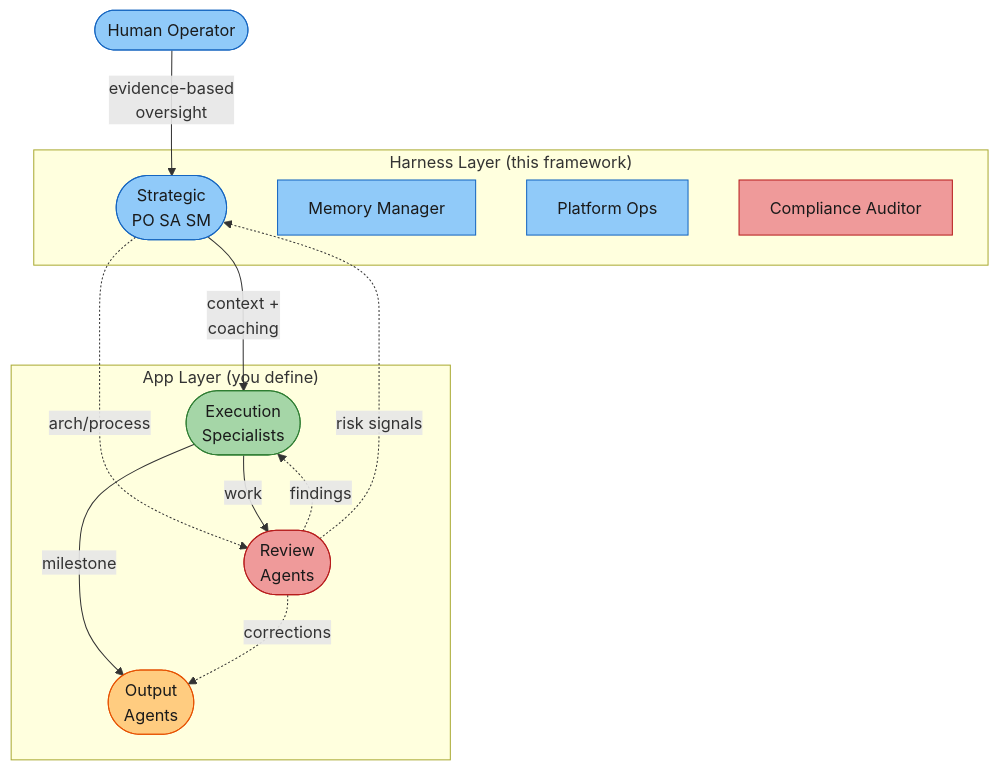
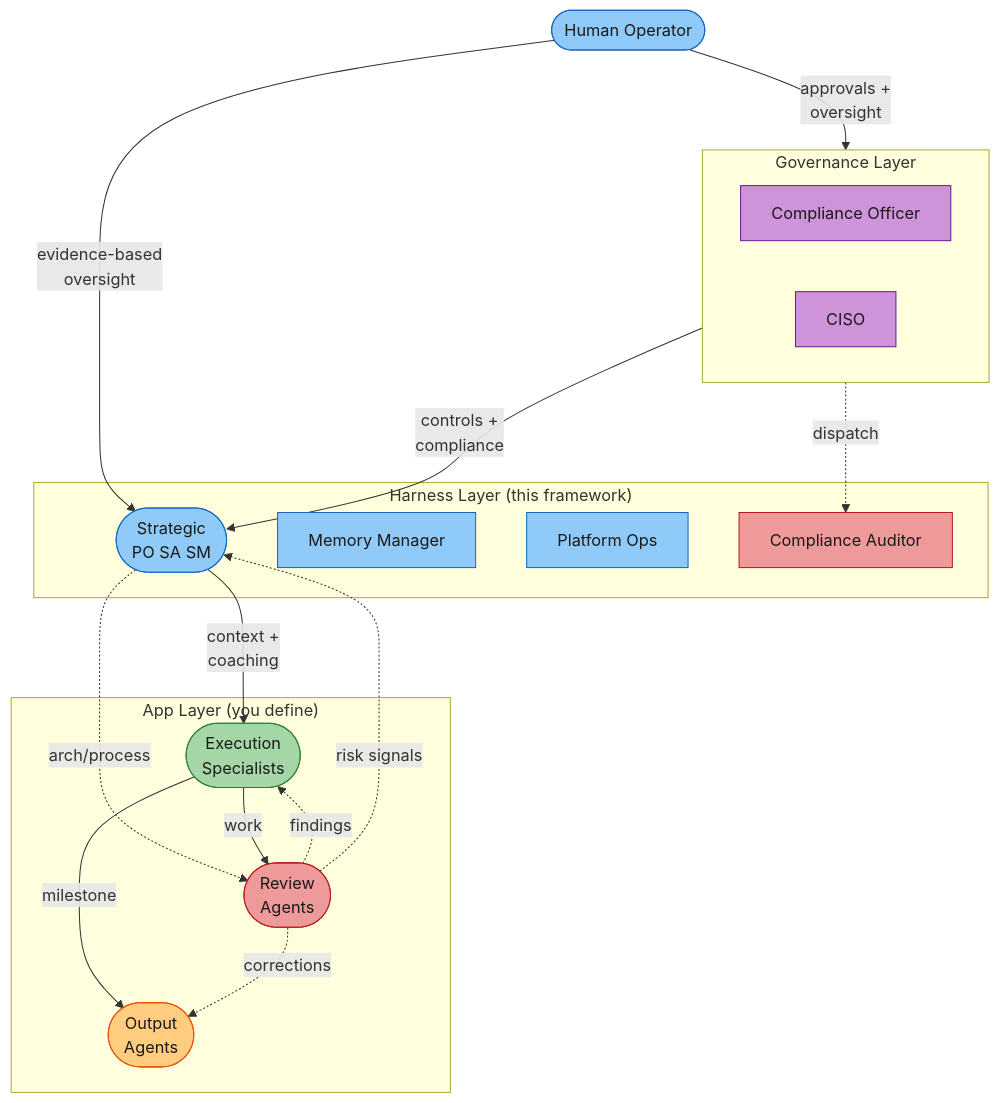
One commit to rdunie/venutian-antfarm changed the first of 5 diagrams in README.md. Above: the diagram before and after it, drawn with Mermaid. The commit also changed other lines of this file, not shown here.

Commit message:
docs: add governance tier to architecture diagram and agent table

````diff
--- a/README.md
+++ b/README.md
@@ -41,35 +41,45 @@
 ```mermaid
 flowchart TD
     USER(["Human Operator"])
+
+    subgraph Gov ["Governance Layer"]
+        CO["Compliance Officer"]
+        CISO_A["CISO"]
+    end
 
     subgraph Harness ["Harness Layer (this framework)"]
         S(["Strategic\nPO  SA  SM"])
         MM["Memory Manager"]
         PO_OPS["Platform Ops"]
         CA["Compliance Auditor"]
     end
 
     subgraph AppLayer ["App Layer (you define)"]
         E(["Execution\nSpecialists"])
         R(["Review\nAgents"])
         O(["Output\nAgents"])
     end
 
+    USER -->|"approvals +\noversight"| Gov
+    Gov -->|"controls +\ncompliance"| S
+    Gov -.->|"dispatch"| CA
     USER -->|"evidence-based\noversight"| S
     S -->|"context +\ncoaching"| E
     S -.->|"arch/process"| R
     E -->|"work"| R
     R -.->|"findings"| E
     R -.->|"risk signals"| S
     E -->|"milestone"| O
     R -.->|"corrections"| O
 
     style USER fill:#90caf9,stroke:#1565c0,color:#1a1a1a
+    style CO fill:#ce93d8,stroke:#6a1b9a,color:#1a1a1a
+    style CISO_A fill:#ce93d8,stroke:#6a1b9a,color:#1a1a1a
     style S fill:#90caf9,stroke:#1565c0,color:#1a1a1a
     style MM fill:#90caf9,stroke:#1565c0,color:#1a1a1a
     style PO_OPS fill:#90caf9,stroke:#1565c0,color:#1a1a1a
     style CA fill:#ef9a9a,stroke:#b71c1c,color:#1a1a1a
     style E fill:#a5d6a7,stroke:#2e7d32,color:#1a1a1a
     style R fill:#ef9a9a,stroke:#b71c1c,color:#1a1a1a
     style O fill:#ffcc80,stroke:#e65100,color:#1a1a1a
 ```
````
